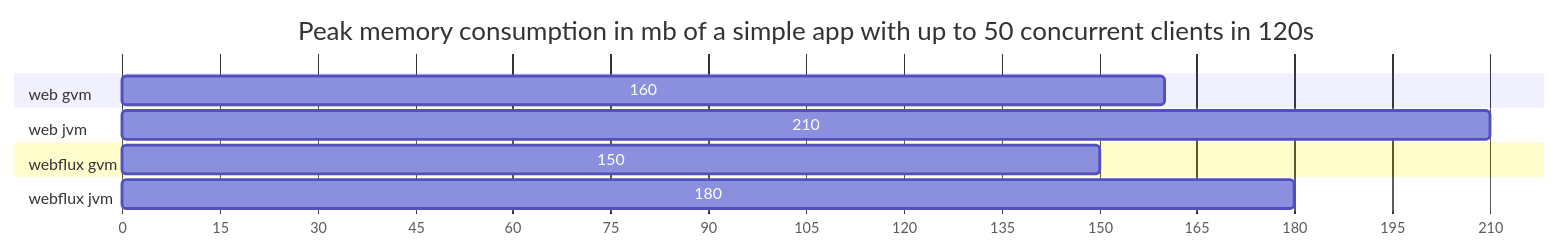
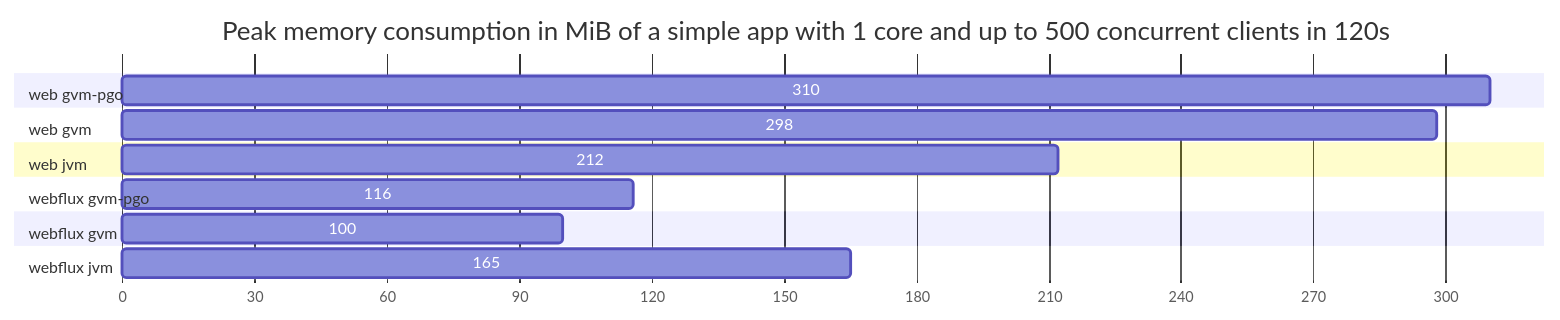
The second of 2 diagrams in README.md (Fradantim/spring-core-performance), drawn with Mermaid before and after one commit. The commit also changed other lines of this file and 28 other files, not shown here.

Commit message:
rename app, pgo compilation

````diff
--- a/README.md
+++ b/README.md
@@ -187,15 +206,19 @@
 ```mermaid
 gantt
-	title Peak memory consumption in mb of a simple app with up to 50 concurrent clients in 120s
+	title Peak memory consumption in MiB of a simple app with 1 core and up to 500 concurrent clients in 120s
 	dateFormat X
 	axisFormat %s
 
+	section web gvm-pgo
+	310:0,310
 	section web gvm
-	160:0,160
+	298:0,298
 	section web jvm
-	210:0,210
+	212:0,212
+	section webflux gvm-pgo
+	116:0,116
 	section webflux gvm
-	150:0,150
+	100:0,100
 	section webflux jvm
-	180:0,180
+	165:0,165
 ```
````
